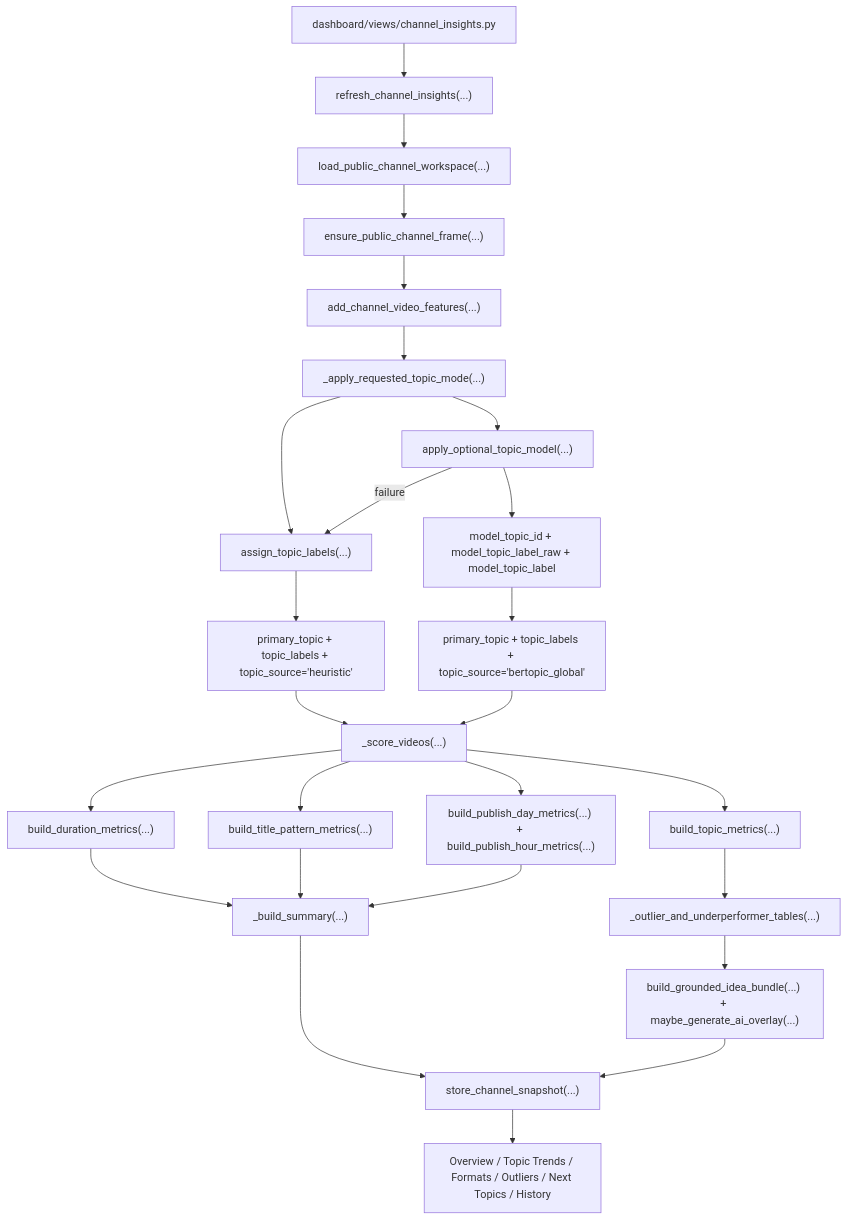
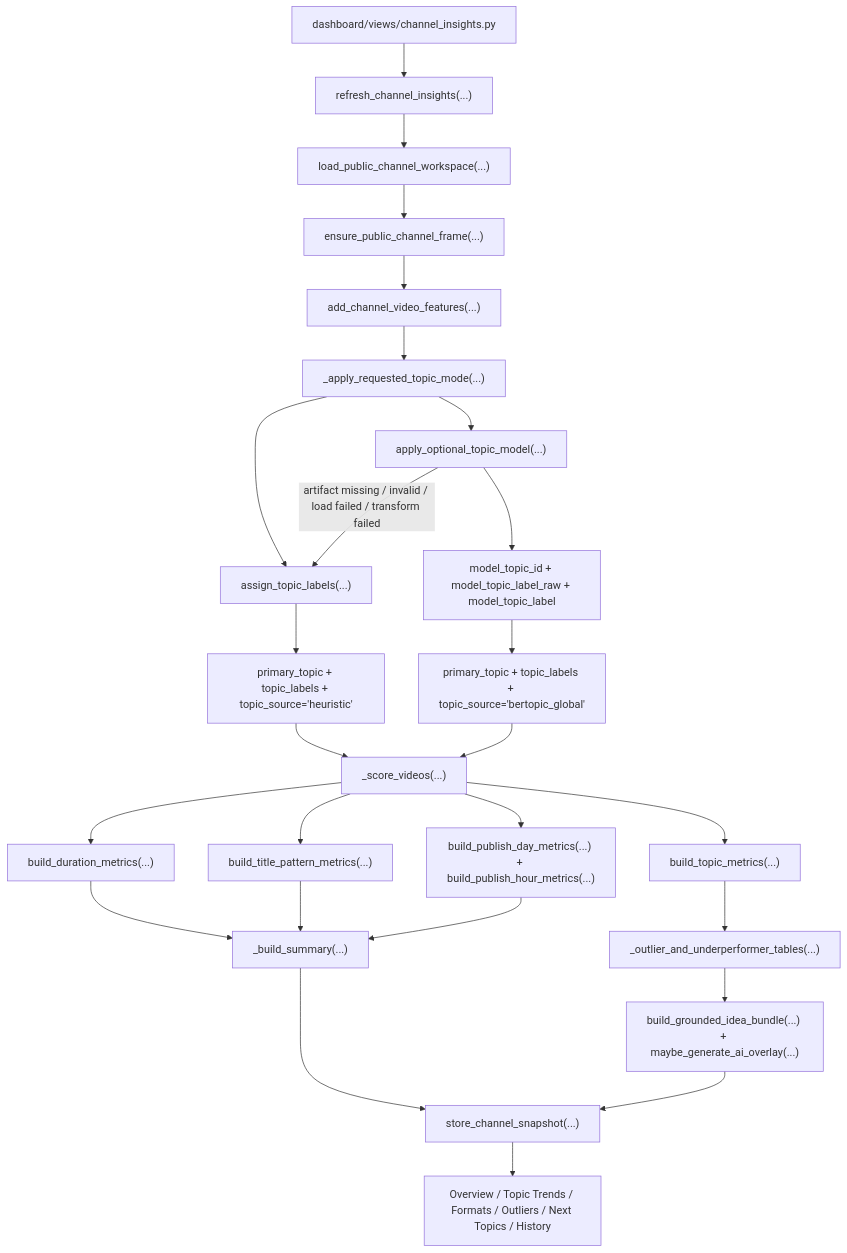
Before and after one commit to AsherJ07/purdue-youtube-ip-new: the fourth of 8 diagrams in docs/ARCHITECTURE.md, drawn with Mermaid. The commit also changed other lines of this file and 3 other files, not shown here.

````diff
--- a/docs/ARCHITECTURE.md
+++ b/docs/ARCHITECTURE.md
@@ -95,28 +134,28 @@
 ```mermaid
 flowchart TD
     A["dashboard/views/channel_insights.py"] --> B["refresh_channel_insights(...)"]
     B --> C["load_public_channel_workspace(...)"]
     C --> D["ensure_public_channel_frame(...)"]
     D --> E["add_channel_video_features(...)"]
     E --> F["_apply_requested_topic_mode(...)"]
     F --> G["assign_topic_labels(...)"]
     F --> H["apply_optional_topic_model(...)"]
-    H -->|failure| G
+    H -->|artifact missing / invalid / load failed / transform failed| G
     G --> I["primary_topic + topic_labels + topic_source='heuristic'"]
     H --> J["model_topic_id + model_topic_label_raw + model_topic_label"]
     J --> K["primary_topic + topic_labels + topic_source='bertopic_global'"]
     I --> L["_score_videos(...)"]
     K --> L
     L --> M["build_topic_metrics(...)"]
     L --> N["build_duration_metrics(...)"]
     L --> O["build_title_pattern_metrics(...)"]
     L --> P["build_publish_day_metrics(...) + build_publish_hour_metrics(...)"]
     M --> Q["_outlier_and_underperformer_tables(...)"]
     N --> R["_build_summary(...)"]
     O --> R
     P --> R
     Q --> S["build_grounded_idea_bundle(...) + maybe_generate_ai_overlay(...)"]
     R --> T["store_channel_snapshot(...)"]
     S --> T
     T --> U["Overview / Topic Trends / Formats / Outliers / Next Topics / History"]
 ```
````
